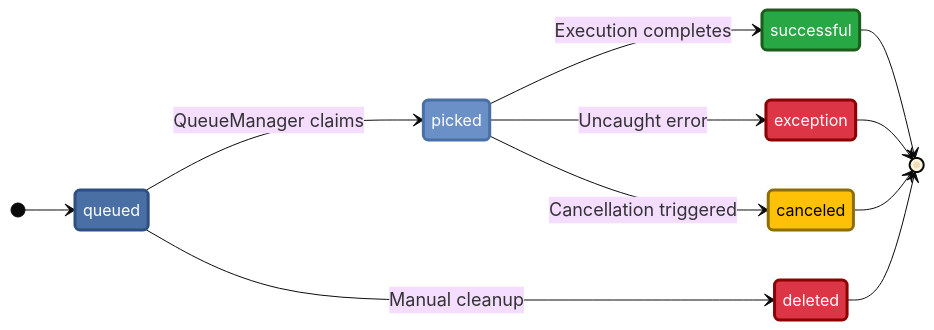
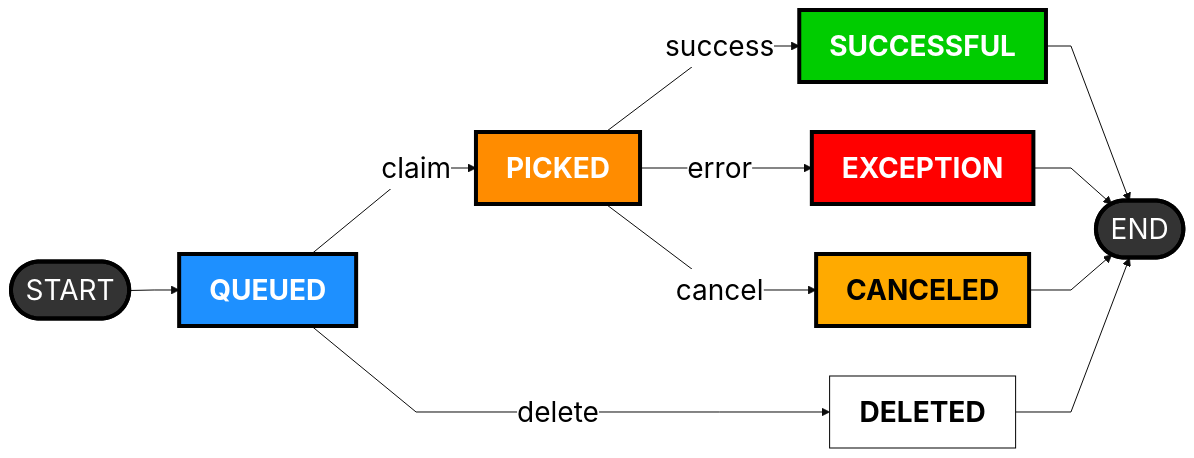
The third of 3 diagrams in docs/reference/architecture.md (janbjorge/pgqueuer), drawn with Mermaid before and after one commit. The commit also changed other lines of this file and 2 other files, not shown here.

Commit message:
docs: redesign diagrams with bold text and high-contrast colors
- Increased font sizes to 24-28px with bold text for maximum readability
- Replaced muted brand colors with high-contrast palette:
  * Blue (#1e90ff) for queued/waiting states
  * Orange (#ff8c00) for picked/executing states
  * Green (#00cc00) for successful states
  * Red (#ff0000) for exception states
  * Purple (#9966ff) for processing steps
  * Yellow (#ffcc00) for decision nodes
- Added 4px black borders for visual separation
- Switched to Arial font for better on-screen rendering
- Simplified node labels and terminology (QUEUED → QUEUED, etc.)
- Made diagram logic flow clearer with bold YES/NO decision paths

````diff
--- a/docs/reference/architecture.md
+++ b/docs/reference/architecture.md
@@ -103,32 +105,28 @@
 ```mermaid
-%%{init: {'flowchart': {'htmlLabels': true}, 'theme': 'base', 'themeVariables': {'fontSize': '18px', 'fontFamily': 'Inter, sans-serif'}}}%%
-stateDiagram-v2
-    direction LR
+%%{init: {'flowchart': {'htmlLabels': true, 'curve': 'linear'}, 'theme': 'base', 'themeVariables': {'primaryColor':'#fff', 'primaryTextColor':'#000', 'primaryBorderColor':'#000', 'fontSize': '28px', 'fontFamily': 'Arial, sans-serif', 'tertiaryColor': '#fff', 'tertiaryTextColor': '#000', 'tertiaryBorderColor': '#000'}}}%%
+flowchart LR
+    Start(["START"]) --> Queued["<b style='font-size:28px'>QUEUED</b>"]
+    Queued -->|"claim"| Picked["<b style='font-size:28px'>PICKED</b>"]
+    Queued -->|"delete"| Deleted["<b style='font-size:28px'>DELETED</b>"]
+    Picked -->|"success"| Success["<b style='font-size:28px'>SUCCESSFUL</b>"]
+    Picked -->|"error"| Exception["<b style='font-size:28px'>EXCEPTION</b>"]
+    Picked -->|"cancel"| Canceled["<b style='font-size:28px'>CANCELED</b>"]
+    Success --> End(["END"])
+    Exception --> End
+    Canceled --> End
+    Deleted --> End
 
-    [*] --> queued
+    classDef queuedStyle fill:#1e90ff,stroke:#000,stroke-width:4px,color:#fff
+    classDef pickedStyle fill:#ff8c00,stroke:#000,stroke-width:4px,color:#fff
+    classDef successStyle fill:#00cc00,stroke:#000,stroke-width:4px,color:#fff
+    classDef exceptionStyle fill:#ff0000,stroke:#000,stroke-width:4px,color:#fff
+    classDef canceledStyle fill:#ffaa00,stroke:#000,stroke-width:4px,color:#000
+    classDef terminalStyle fill:#333,stroke:#000,stroke-width:4px,color:#fff
 
-    queued --> picked: QueueManager claims
-    queued --> deleted: Manual cleanup
-
-    picked --> successful: Execution completes
-    picked --> exception: Uncaught error
-    picked --> canceled: Cancellation triggered
-
-    successful --> [*]
-    exception --> [*]
-    canceled --> [*]
-    deleted --> [*]
-
-    classDef pending fill:#4A6FA5,stroke:#2E5080,color:#fff,stroke-width:3px,font-size:16px
-    classDef processing fill:#6B8FC7,stroke:#4A6FA5,color:#fff,stroke-width:3px,font-size:16px
-    classDef success fill:#28a745,stroke:#1a5e1a,color:#fff,stroke-width:3px,font-size:16px
-    classDef failure fill:#dc3545,stroke:#8b0000,color:#fff,stroke-width:3px,font-size:16px
-    classDef canceled fill:#ffc107,stroke:#8b6f00,color:#000,stroke-width:3px,font-size:16px
-
-    class queued pending
-    class picked processing
-    class successful success
-    class exception failure
-    class canceled canceled
-    class deleted failure
+    class Queued queuedStyle
+    class Picked pickedStyle
+    class Success successStyle
+    class Exception exceptionStyle
+    class Canceled canceledStyle
+    class Start,End terminalStyle
 ```
````
